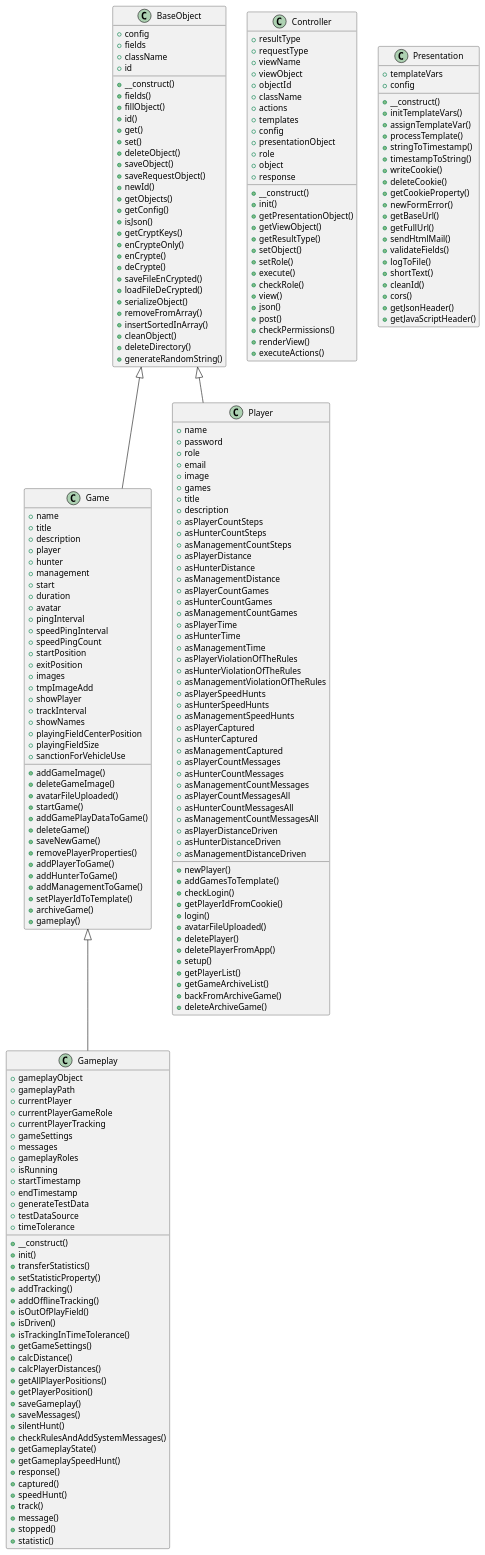
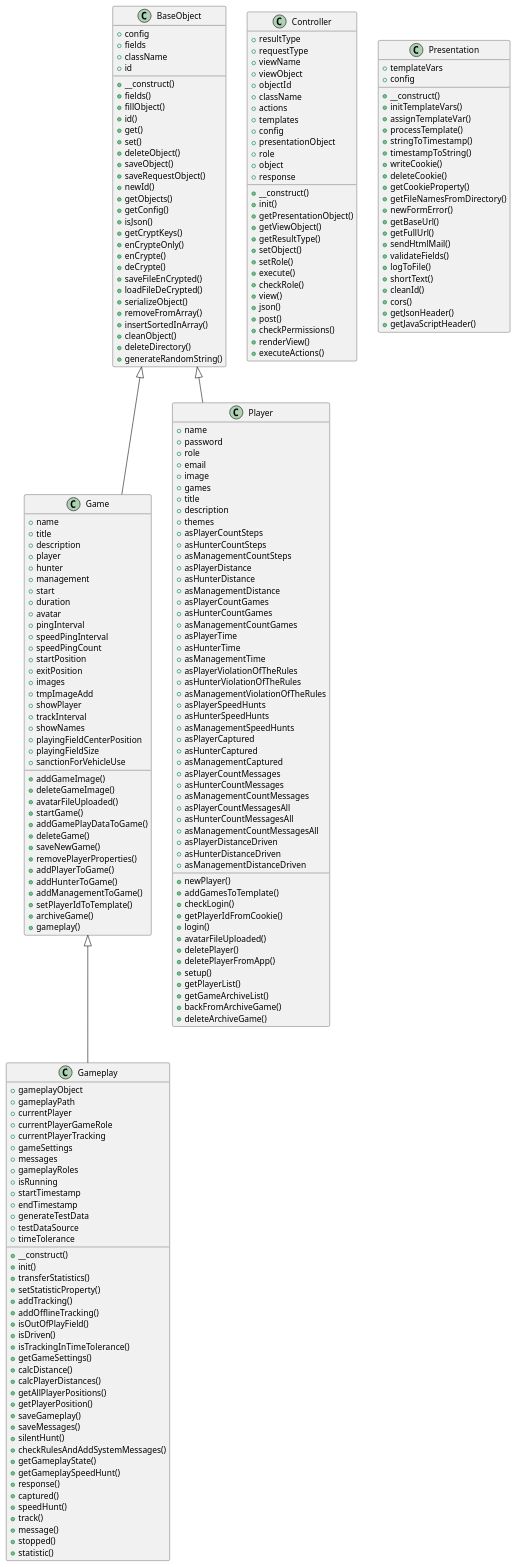
The diagram in includes/docs/php/graphs/classes.puml (septem-sensu/friendshunt), drawn with PlantUML before and after one commit. The commit also changed 23 other files, not shown here.

```diff
--- a/includes/docs/php/graphs/classes.puml
+++ b/includes/docs/php/graphs/classes.puml
@@ -155,6 +155,7 @@
   +games
   +title
   +description
+  +themes
   +asPlayerCountSteps
   +asHunterCountSteps
   +asManagementCountSteps
@@ -212,6 +213,7 @@
   +writeCookie()
   +deleteCookie()
   +getCookieProperty()
+  +getFileNamesFromDirectory()
   +newFormError()
   +getBaseUrl()
   +getFullUrl()
```
